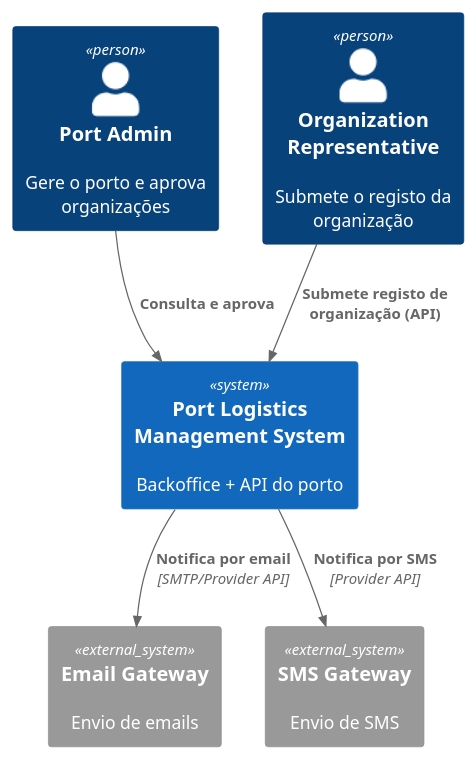
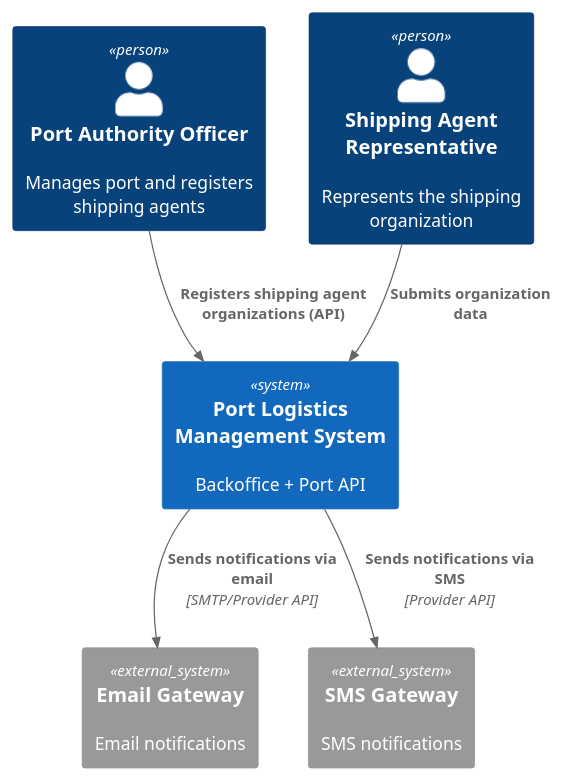
The diagram in Docs/Sprint A/US 2.2.5/Modelo c4/C1_Cenario.puml (Departamento-de-Engenharia-Informatica/LEI-SEM5-PI-2025-26-3DM-03), drawn with PlantUML before and after one commit. The commit also changed 16 other files, not shown here.

```diff
--- a/Docs/Sprint A/US 2.2.5/Modelo c4/C1_Cenario.puml
+++ b/Docs/Sprint A/US 2.2.5/Modelo c4/C1_Cenario.puml
@@ -1,17 +1,18 @@
-@startuml C1 - Contexto (US Registo de Organizações)
+@startuml C1 - Context (US Register Shipping Agent Organizations)
 !include <C4/C4_Container>
 
-Person(admin, "Port Admin", "Gere o porto e aprova organizações")
-Person(rep, "Organization Representative", "Submete o registo da organização")
 
-System(plms, "Port Logistics Management System", "Backoffice + API do porto")
+Person(portOfficer, "Port Authority Officer", "Manages port and registers shipping agents")
+Person(representative, "Shipping Agent Representative", "Represents the shipping organization")
 
-System_Ext(mail, "Email Gateway", "Envio de emails")
-System_Ext(sms, "SMS Gateway", "Envio de SMS")
+System(plms, "Port Logistics Management System", "Backoffice + Port API")
 
-Rel(rep, plms, "Submete registo de organização (API)")
-Rel(admin, plms, "Consulta e aprova")
-Rel(plms, mail, "Notifica por email", "SMTP/Provider API")
-Rel(plms, sms, "Notifica por SMS", "Provider API")
+System_Ext(mail, "Email Gateway", "Email notifications")
+System_Ext(sms, "SMS Gateway", "SMS notifications")
+
+Rel(portOfficer, plms, "Registers shipping agent organizations (API)")
+Rel(representative, plms, "Submits organization data")
+Rel(plms, mail, "Sends notifications via email", "SMTP/Provider API")
+Rel(plms, sms, "Sends notifications via SMS", "Provider API")
 
 @enduml
```
